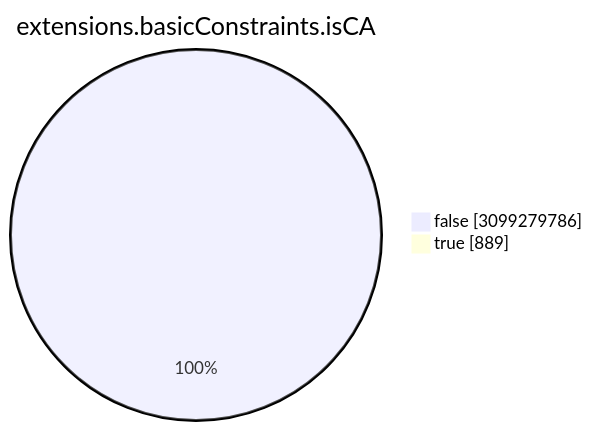
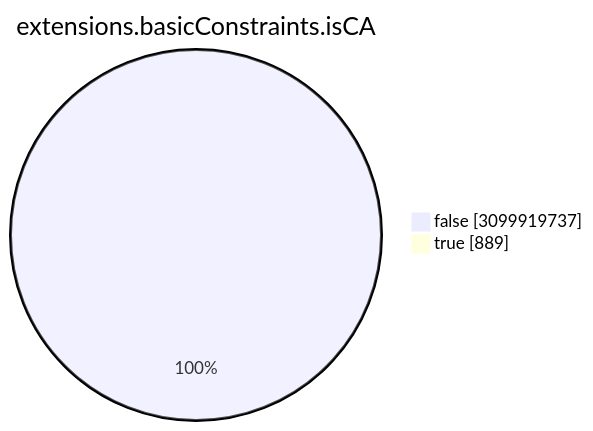
The seventh of 15 diagrams in TOTAL/README.md (christiankrug/ctmonitor_visualization), drawn with Mermaid before and after one commit. The commit also changed other lines of this file, not shown here.

````diff
--- a/TOTAL/README.md
+++ b/TOTAL/README.md
@@ -3088,6 +3088,6 @@
 ```mermaid
 pie showData
 title extensions.basicConstraints.isCA
-"false" :3099279786
+"false" :3099919737
 "true" :889
 ```
````
